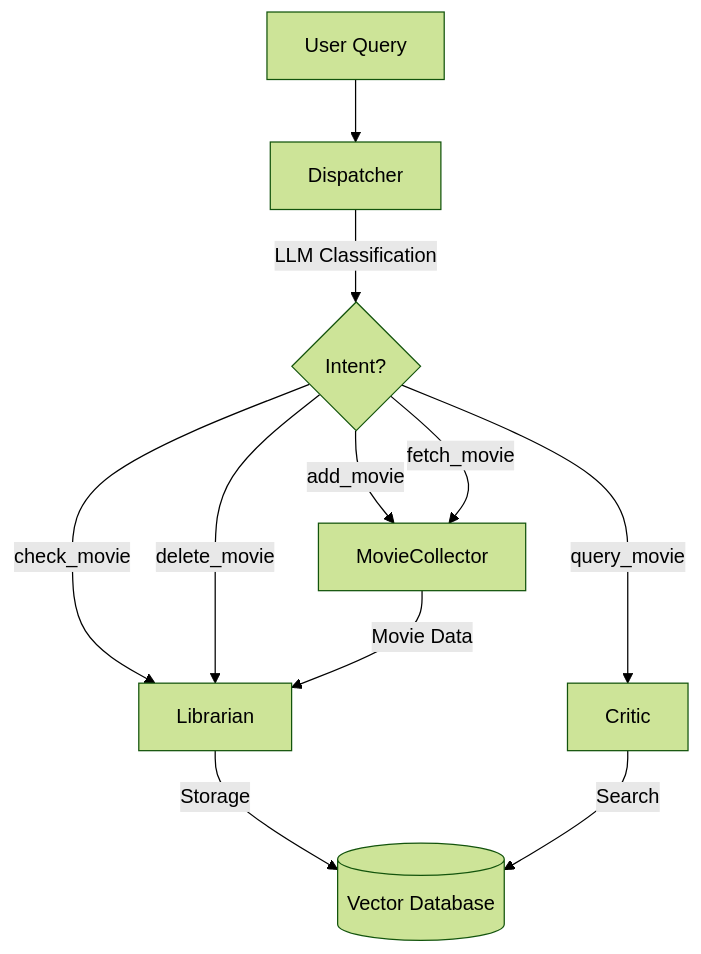
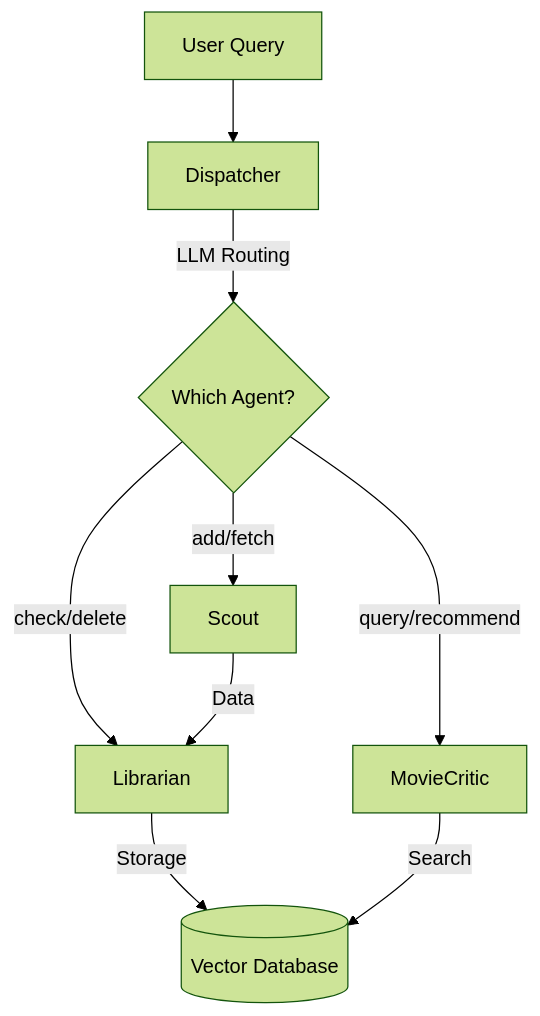
The diagram in AGENTS.md (yanklio/llm_movie_collection), drawn with Mermaid (forest theme) before and after one commit. The commit also changed other lines of this file, not shown here.

````diff
--- a/AGENTS.md
+++ b/AGENTS.md
@@ -7,15 +7,13 @@
 ```mermaid
 graph TD
     User[User Query] --> Dispatcher
-    Dispatcher -->|LLM Classification| Intent{Intent?}
+    Dispatcher -->|LLM Routing| Decision{Which Agent?}
     
-    Intent -->|add_movie| Collector[MovieCollector]
-    Intent -->|fetch_movie| Collector
-    Intent -->|query_movie| Critic[Critic]
-    Intent -->|check_movie| Librarian[Librarian]
-    Intent -->|delete_movie| Librarian
+    Decision -->|add/fetch| Scout[Scout]
+    Decision -->|query/recommend| Critic[MovieCritic]
+    Decision -->|check/delete| Librarian[Librarian]
     
-    Collector -->|Movie Data| Librarian
+    Scout -->|Data| Librarian
     Librarian -->|Storage| VectorDB[(Vector Database)]
     Critic -->|Search| VectorDB
 ```
````
